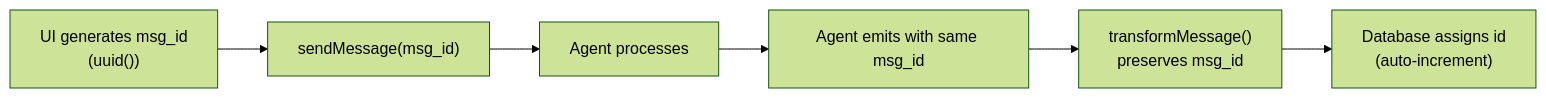
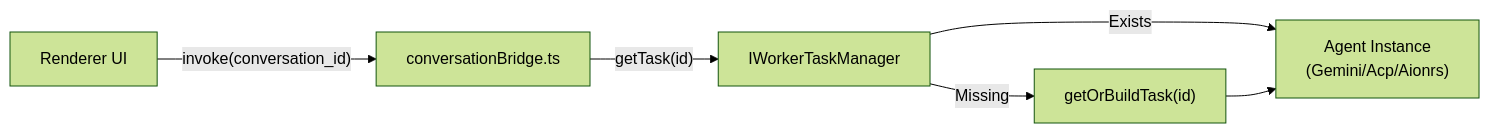
The second of 2 diagrams in docs/iOfficeAI_AionUi/data-flow-and-state-management/index.md (blackcater/zentree), drawn with Mermaid (forest theme) before and after one commit. The commit also changed other lines of this file and 232 other files, not shown here.

````diff
--- a/docs/iOfficeAI_AionUi/data-flow-and-state-management/index.md
+++ b/docs/iOfficeAI_AionUi/data-flow-and-state-management/index.md
@@ -672,15 +107,13 @@
 ```mermaid
 graph LR
-    Frontend["UI generates msg_id<br/>(uuid())"]
-    Send["sendMessage(msg_id)"]
-    Agent["Agent processes"]
-    Response["Agent emits with same msg_id"]
-    Transform["transformMessage()<br/>preserves msg_id"]
-    Persist["Database assigns id<br/>(auto-increment)"]
-
-    Frontend --> Send
-    Send --> Agent
-    Agent --> Response
-    Response --> Transform
-    Transform --> Persist
+    UI["Renderer UI"]
+    Bridge["conversationBridge.ts"]
+    WM["IWorkerTaskManager"]
+    Task["Agent Instance<br/>(Gemini/Acp/Aionrs)"]
+    
+    UI -->|"invoke(conversation_id)"| Bridge
+    Bridge -->|"getTask(id)"| WM
+    WM -- "Exists" --> Task
+    WM -- "Missing" --> Create["getOrBuildTask(id)"]
+    Create --> Task
 ```
````
